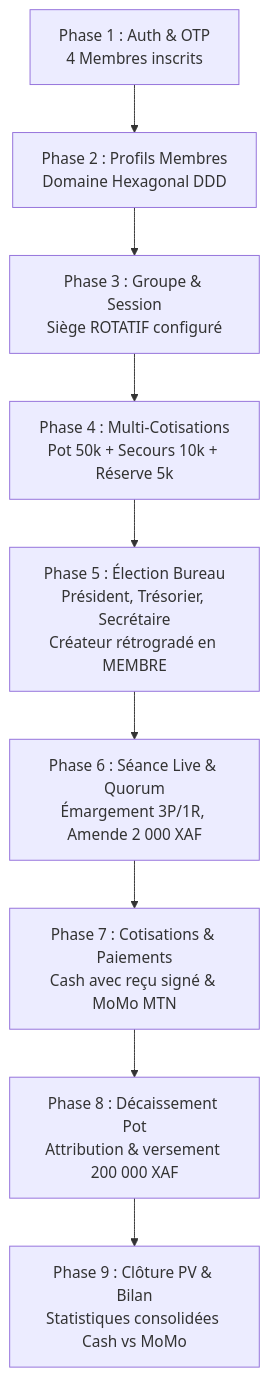
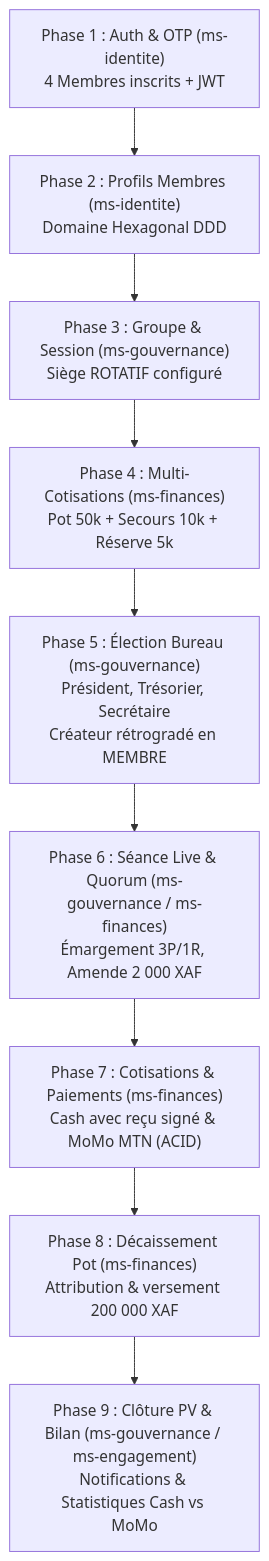
One commit to boby87/njangi changed the diagram in TESTING_E2E.md. Above: the diagram before and after it, drawn with Mermaid. The commit also changed other lines of this file and 706 other files, not shown here.

First line of the commit message:
refactor(architecture): consolidate 9->4 microservices, upgrade Java 25/Boot 4, unify shared & wire frontends

````diff
--- a/TESTING_E2E.md
+++ b/TESTING_E2E.md
@@ -19,11 +20,11 @@
 ```mermaid
 graph TD
-    P1[Phase 1 : Auth & OTP<br/>4 Membres inscrits] --> P2[Phase 2 : Profils Membres<br/>Domaine Hexagonal DDD]
-    P2 --> P3[Phase 3 : Groupe & Session<br/>Siège ROTATIF configuré]
-    P3 --> P4[Phase 4 : Multi-Cotisations<br/>Pot 50k + Secours 10k + Réserve 5k]
-    P4 --> P5[Phase 5 : Élection Bureau<br/>Président, Trésorier, Secrétaire<br/>Créateur rétrogradé en MEMBRE]
-    P5 --> P6[Phase 6 : Séance Live & Quorum<br/>Émargement 3P/1R, Amende 2 000 XAF]
-    P6 --> P7[Phase 7 : Cotisations & Paiements<br/>Cash avec reçu signé & MoMo MTN]
-    P7 --> P8[Phase 8 : Décaissement Pot<br/>Attribution & versement 200 000 XAF]
-    P8 --> P9[Phase 9 : Clôture PV & Bilan<br/>Statistiques consolidées Cash vs MoMo]
+    P1["Phase 1 : Auth & OTP (ms-identite)<br/>4 Membres inscrits + JWT"] --> P2["Phase 2 : Profils Membres (ms-identite)<br/>Domaine Hexagonal DDD"]
+    P2 --> P3["Phase 3 : Groupe & Session (ms-gouvernance)<br/>Siège ROTATIF configuré"]
+    P3 --> P4["Phase 4 : Multi-Cotisations (ms-finances)<br/>Pot 50k + Secours 10k + Réserve 5k"]
+    P4 --> P5["Phase 5 : Élection Bureau (ms-gouvernance)<br/>Président, Trésorier, Secrétaire<br/>Créateur rétrogradé en MEMBRE"]
+    P5 --> P6["Phase 6 : Séance Live & Quorum (ms-gouvernance / ms-finances)<br/>Émargement 3P/1R, Amende 2 000 XAF"]
+    P6 --> P7["Phase 7 : Cotisations & Paiements (ms-finances)<br/>Cash avec reçu signé & MoMo MTN (ACID)"]
+    P7 --> P8["Phase 8 : Décaissement Pot (ms-finances)<br/>Attribution & versement 200 000 XAF"]
+    P8 --> P9["Phase 9 : Clôture PV & Bilan (ms-gouvernance / ms-engagement)<br/>Notifications & Statistiques Cash vs MoMo"]
 ```
````
